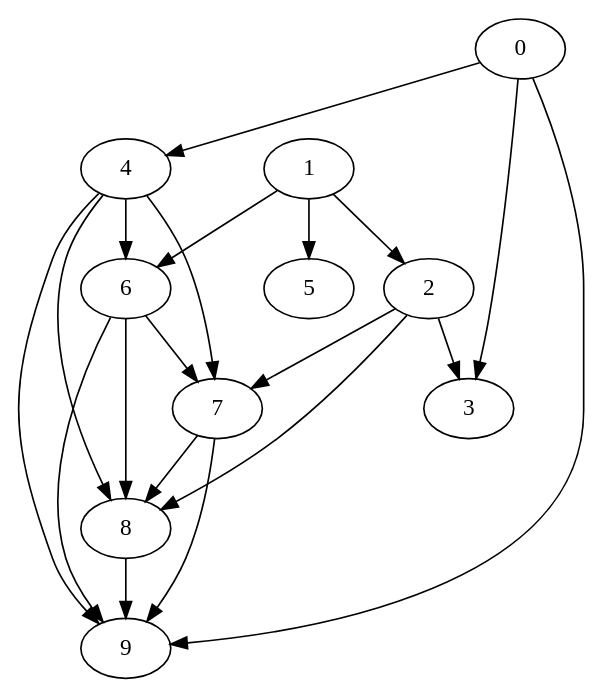
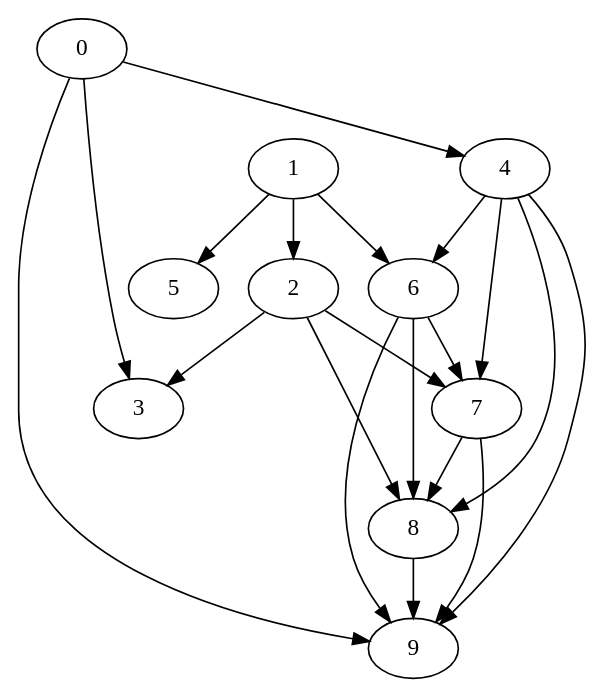
One commit to ChenTheHolyKnight/SOFTENG306p1 changed the diagram in src/main/resources/sample_inputs/Nodes_10_Random-output.dot. Above: the diagram before and after it, drawn with Graphviz. The commit also changed 8 other files, not shown here.

```diff
--- a/src/main/resources/sample_inputs/Nodes_10_Random-output.dot
+++ b/src/main/resources/sample_inputs/Nodes_10_Random-output.dot
@@ -1,31 +1,31 @@
 digraph "Random_Nodes_10_Density_1.90_CCR_10.00_WeightType_Random" {
-	7	[Weight=3,Start=57,Processor=2];
-	9	[Weight=8,Start=68,Processor=2];
-	8	[Weight=8,Start=60,Processor=2];
-	2	[Weight=5,Start=5,Processor=2];
-	4	[Weight=3,Start=6,Processor=1];
-	6	[Weight=8,Start=19,Processor=2];
-	0	[Weight=6,Start=0,Processor=1];
-	1	[Weight=5,Start=0,Processor=2];
-	5	[Weight=7,Start=10,Processor=2];
-	3	[Weight=10,Start=20,Processor=1];
+	1	[Weight=5,Start=0,Processor=1];
+	2	[Weight=5,Start=5,Processor=1];
+	7	[Weight=3,Start=57,Processor=1];
+	6	[Weight=8,Start=19,Processor=1];
+	5	[Weight=7,Start=10,Processor=1];
+	3	[Weight=10,Start=20,Processor=2];
+	4	[Weight=3,Start=6,Processor=2];
+	9	[Weight=8,Start=68,Processor=1];
+	8	[Weight=8,Start=60,Processor=1];
+	0	[Weight=6,Start=0,Processor=2];
+	1 -> 2	[Weight=48];
+	1 -> 6	[Weight=39];
+	1 -> 5	[Weight=19];
+	2 -> 7	[Weight=48];
+	2 -> 3	[Weight=10];
+	2 -> 8	[Weight=48];
+	7 -> 8	[Weight=15];
 	7 -> 9	[Weight=34];
-	7 -> 8	[Weight=15];
-	8 -> 9	[Weight=39];
-	2 -> 7	[Weight=48];
-	2 -> 8	[Weight=48];
-	2 -> 3	[Weight=10];
+	6 -> 7	[Weight=15];
+	6 -> 9	[Weight=29];
+	6 -> 8	[Weight=39];
 	4 -> 9	[Weight=39];
-	4 -> 7	[Weight=48];
 	4 -> 8	[Weight=48];
 	4 -> 6	[Weight=10];
-	6 -> 8	[Weight=39];
-	6 -> 9	[Weight=29];
-	6 -> 7	[Weight=15];
-	0 -> 4	[Weight=24];
+	4 -> 7	[Weight=48];
+	8 -> 9	[Weight=39];
 	0 -> 9	[Weight=44];
 	0 -> 3	[Weight=34];
-	1 -> 5	[Weight=19];
-	1 -> 2	[Weight=48];
-	1 -> 6	[Weight=39];
+	0 -> 4	[Weight=24];
 }
```
